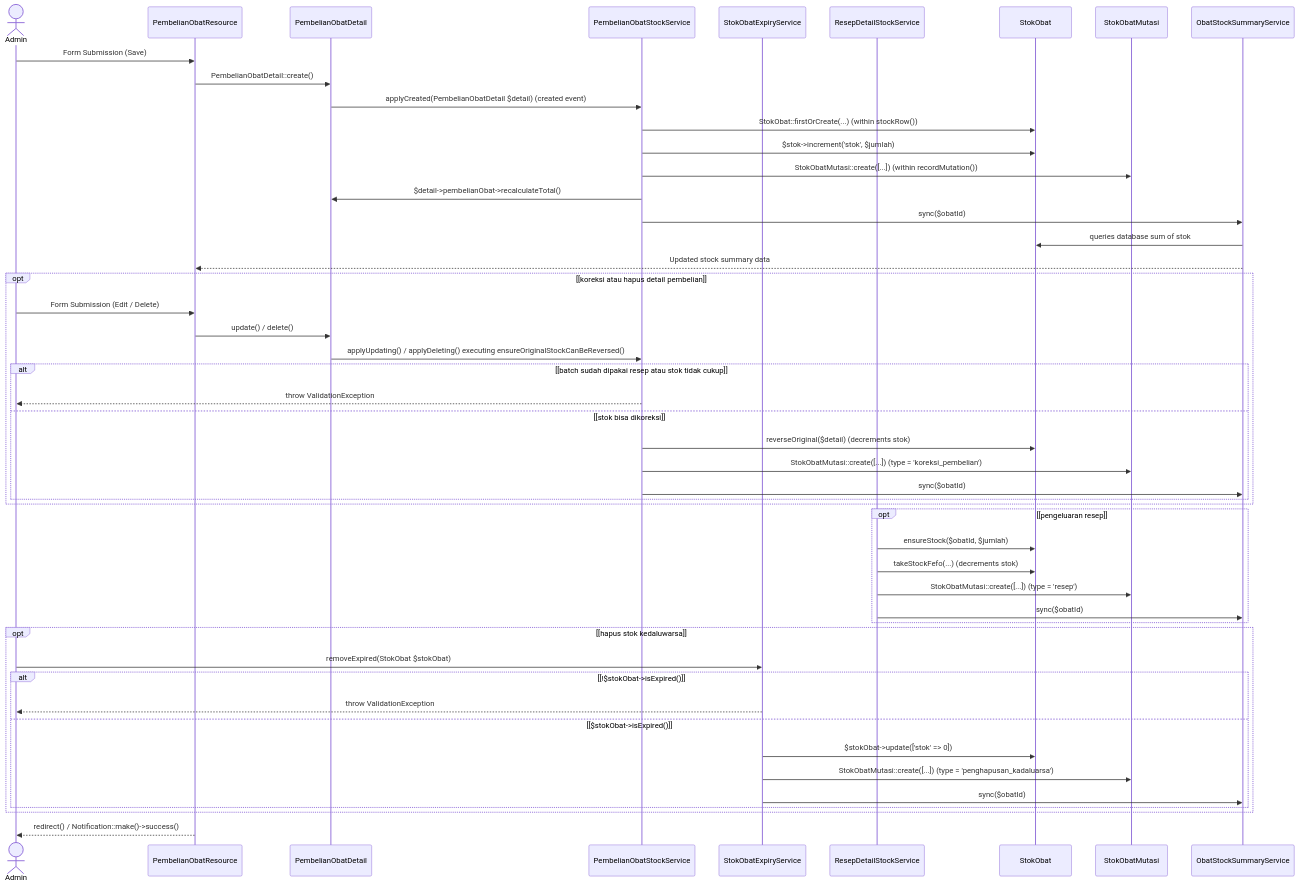
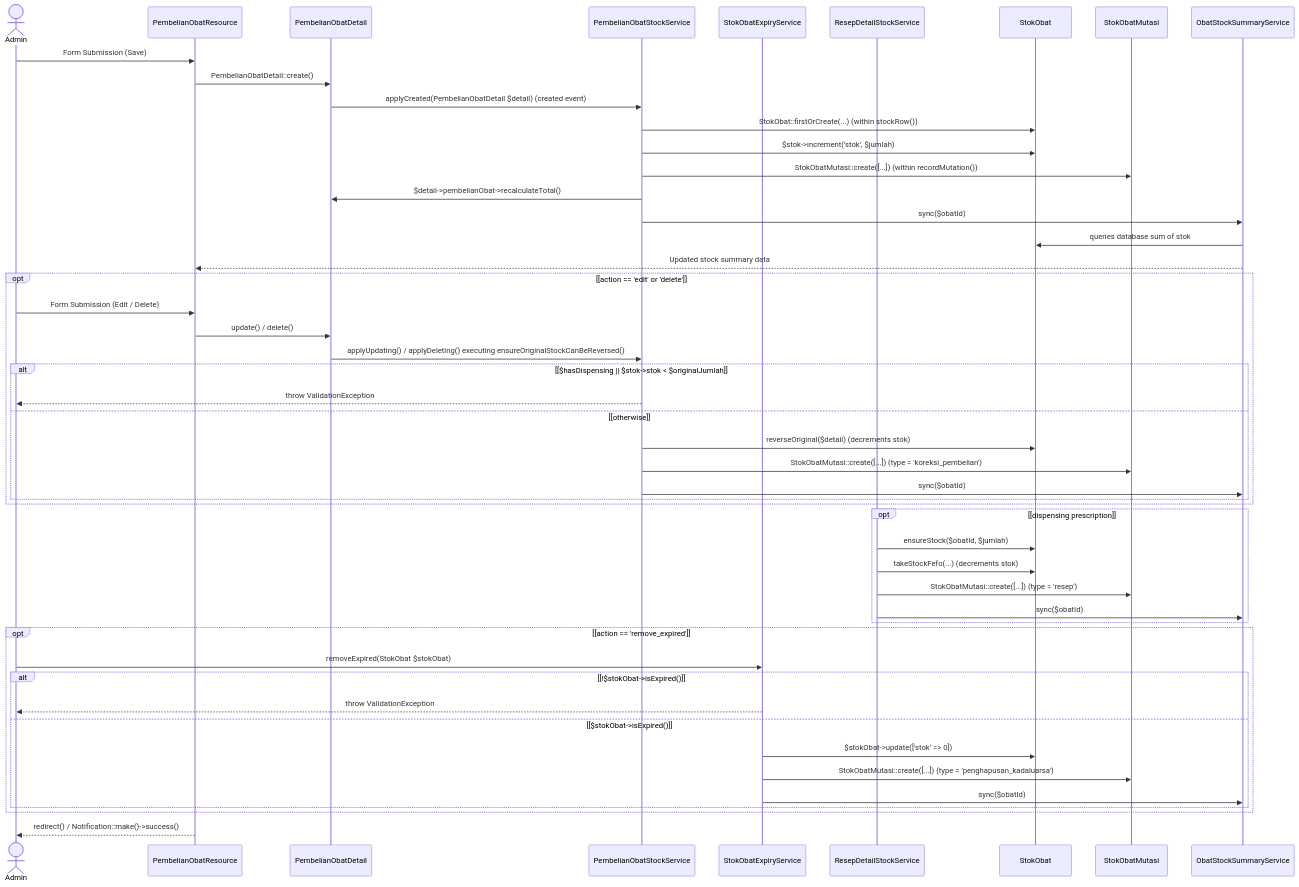
Before and after one commit to Faathir81/Sistem-Informasi-Klinik: the sixth of 7 diagrams in dokumentasi/spesifikasi-proyek/sequence-diagrams.md, drawn with Mermaid. The commit also changed other lines of this file, not shown here.

Commit message:
docs: finalize sequence diagrams by converting all remaining logical conditional labels to technical expressions

````diff
--- a/dokumentasi/spesifikasi-proyek/sequence-diagrams.md
+++ b/dokumentasi/spesifikasi-proyek/sequence-diagrams.md
@@ -204,56 +204,56 @@
 ```mermaid
 sequenceDiagram
     actor Admin
     participant Resource as PembelianObatResource
     participant Detail as PembelianObatDetail
     participant PurchaseStock as PembelianObatStockService
     participant ExpiryStock as StokObatExpiryService
     participant RecipeStock as ResepDetailStockService
     participant Stok as StokObat
     participant Mutasi as StokObatMutasi
     participant Ringkasan as ObatStockSummaryService
 
     Admin->>Resource: Form Submission (Save)
     Resource->>Detail: PembelianObatDetail::create()
     Detail->>PurchaseStock: applyCreated(PembelianObatDetail $detail) (created event)
     PurchaseStock->>Stok: StokObat::firstOrCreate(...) (within stockRow())
     PurchaseStock->>Stok: $stok->increment('stok', $jumlah)
     PurchaseStock->>Mutasi: StokObatMutasi::create([...]) (within recordMutation())
     PurchaseStock->>Detail: $detail->pembelianObat->recalculateTotal()
     PurchaseStock->>Ringkasan: sync($obatId)
     Ringkasan->>Stok: queries database sum of stok
     Ringkasan-->>Resource: Updated stock summary data
 
-    opt [koreksi atau hapus detail pembelian]
+    opt [action == 'edit' or 'delete']
         Admin->>Resource: Form Submission (Edit / Delete)
         Resource->>Detail: update() / delete()
         Detail->>PurchaseStock: applyUpdating() / applyDeleting() executing ensureOriginalStockCanBeReversed()
-        alt [batch sudah dipakai resep atau stok tidak cukup]
+        alt [$hasDispensing || $stok->stok < $originalJumlah]
             PurchaseStock-->>Admin: throw ValidationException
-        else [stok bisa dikoreksi]
+        else [otherwise]
             PurchaseStock->>Stok: reverseOriginal($detail) (decrements stok)
             PurchaseStock->>Mutasi: StokObatMutasi::create([...]) (type = 'koreksi_pembelian')
             PurchaseStock->>Ringkasan: sync($obatId)
         end
     end
 
-    opt [pengeluaran resep]
+    opt [dispensing prescription]
         RecipeStock->>Stok: ensureStock($obatId, $jumlah)
         RecipeStock->>Stok: takeStockFefo(...) (decrements stok)
         RecipeStock->>Mutasi: StokObatMutasi::create([...]) (type = 'resep')
         RecipeStock->>Ringkasan: sync($obatId)
     end
 
-    opt [hapus stok kedaluwarsa]
+    opt [action == 'remove_expired']
         Admin->>ExpiryStock: removeExpired(StokObat $stokObat)
         alt [!$stokObat->isExpired()]
             ExpiryStock-->>Admin: throw ValidationException
         else [$stokObat->isExpired()]
             ExpiryStock->>Stok: $stokObat->update(['stok' => 0])
             ExpiryStock->>Mutasi: StokObatMutasi::create([...]) (type = 'penghapusan_kadaluarsa')
             ExpiryStock->>Ringkasan: sync($obatId)
         end
     end
 
     Resource-->>Admin: redirect() / Notification::make()->success()
 ```
````
